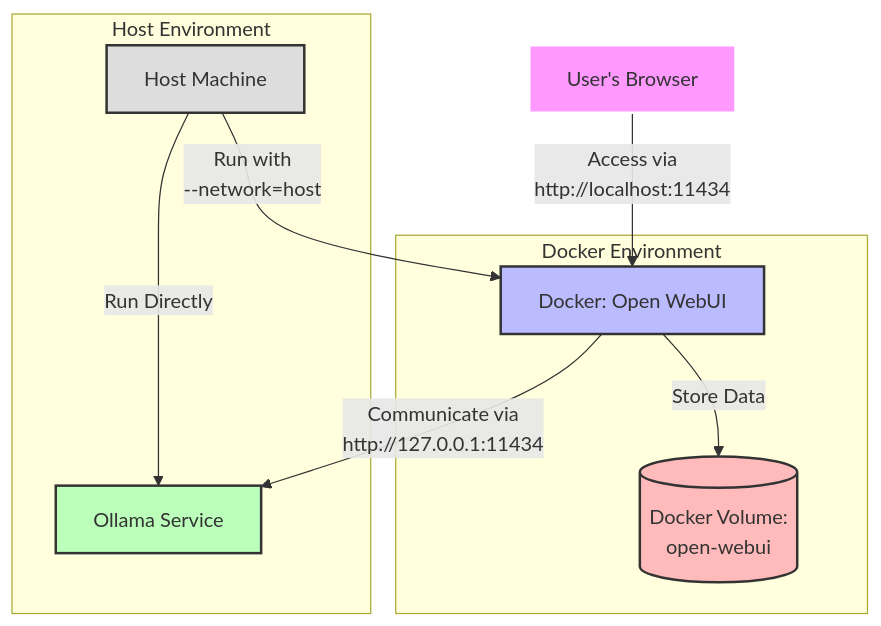
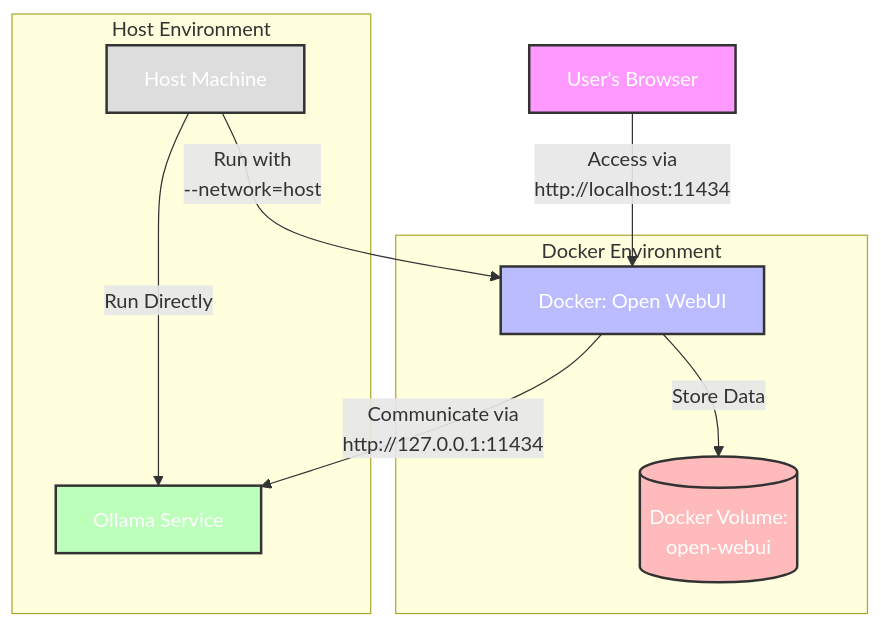
Before and after one commit to gnukeith/local-llm-guide: the diagram in README.md, drawn with Mermaid. The commit also changed other lines of this file, not shown here.

Commit message:
chore: Update README.md with consistent image size for QR codes

````diff
--- a/README.md
+++ b/README.md
@@ -190,24 +190,24 @@
 ```mermaid
 graph TD
     A[User's Browser] -->|Access via<br>http://localhost:11434| B[Docker: Open WebUI]
     B -->|Communicate via<br>http://127.0.0.1:11434| C[Ollama Service]
     B -->|Store Data| D[(Docker Volume:<br>open-webui)]
     E[Host Machine] -->|Run with<br>--network=host| B
     E -->|Run Directly| C
     
     subgraph Docker Environment
     B
     D
     end
     
     subgraph Host Environment
     E
     C
     end
 
-    style A fill:#f9f,stroke:#fff,stroke-width:2px
-    style B fill:#bbf,stroke:#333,stroke-width:2px
-    style C fill:#bfb,stroke:#333,stroke-width:2px
-    style D fill:#fbb,stroke:#333,stroke-width:2px
-    style E fill:#ddd,stroke:#333,stroke-width:2px
+    style A fill:#f9f,stroke:#333,stroke-width:2px,color:#fff
+    style B fill:#bbf,stroke:#333,stroke-width:2px,color:#fff
+    style C fill:#bfb,stroke:#333,stroke-width:2px,color:#fff
+    style D fill:#fbb,stroke:#333,stroke-width:2px,color:#fff
+    style E fill:#ddd,stroke:#333,stroke-width:2px,color:#fff
 ```
````
